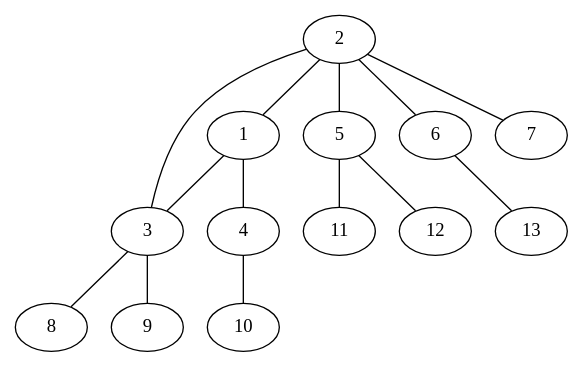
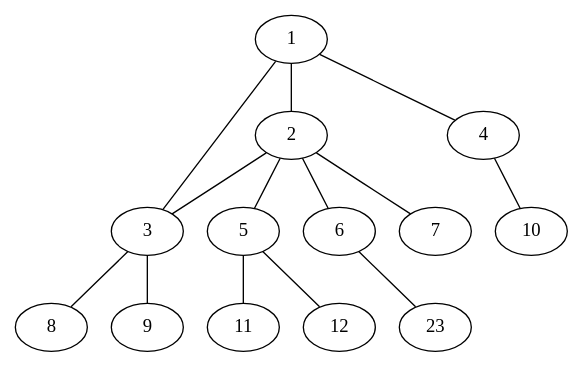
The diagram in test.dot (AgustinEncina27/Implementaci-n-Algoritmo-A-), drawn with Graphviz before and after one commit. The commit also changed 6 other files, not shown here.

```diff
--- a/test.dot
+++ b/test.dot
@@ -1,15 +1,15 @@
 strict graph "" {
-	2 -- 1;
+	1 -- 2;
+	1 -- 3;
+	1 -- 4;
 	2 -- 3;
 	2 -- 5;
 	2 -- 6;
 	2 -- 7;
-	1 -- 3;
-	1 -- 4;
 	3 -- 8;
 	3 -- 9;
 	4 -- 10;
 	5 -- 11;
 	5 -- 12;
-	6 -- 13;
+	6 -- 23;
 }
```
